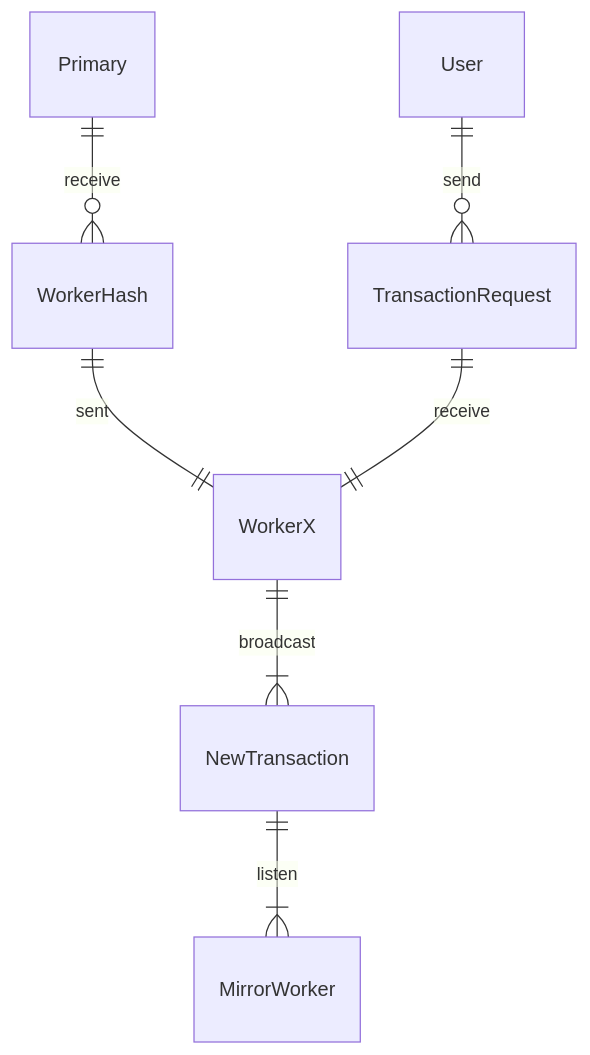
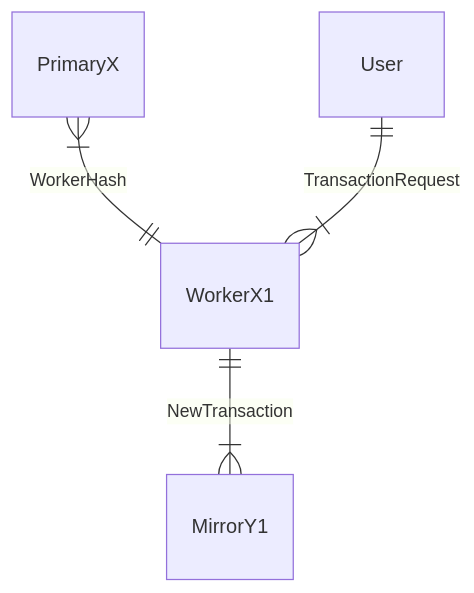
Before and after one commit to anoma/nspec: the fourth of 4 diagrams in overrides/templates/engine-template.md, drawn with Mermaid.

Commit message:
hot fix for https://github.com/anoma/nspec/pull/84#discussion_r1644982659

````diff
--- a/overrides/templates/engine-template.md
+++ b/overrides/templates/engine-template.md
@@ -173,9 +173,6 @@
 ```mermaid
 erDiagram
-    Primary ||--o{ WorkerHash : receive
-    WorkerHash ||--|| WorkerX : sent
-    WorkerX ||--|{ NewTransaction : broadcast
-    NewTransaction ||--|{ MirrorWorker : listen
-    User ||--o{ TransactionRequest : send
-    TransactionRequest ||--|| WorkerX : receive
+    PrimaryX }|--|| WorkerX1 : WorkerHash
+    WorkerX1 ||--|{ MirrorY1 : NewTransaction
+    User ||--|{ WorkerX1 :  TransactionRequest
 ```
````
